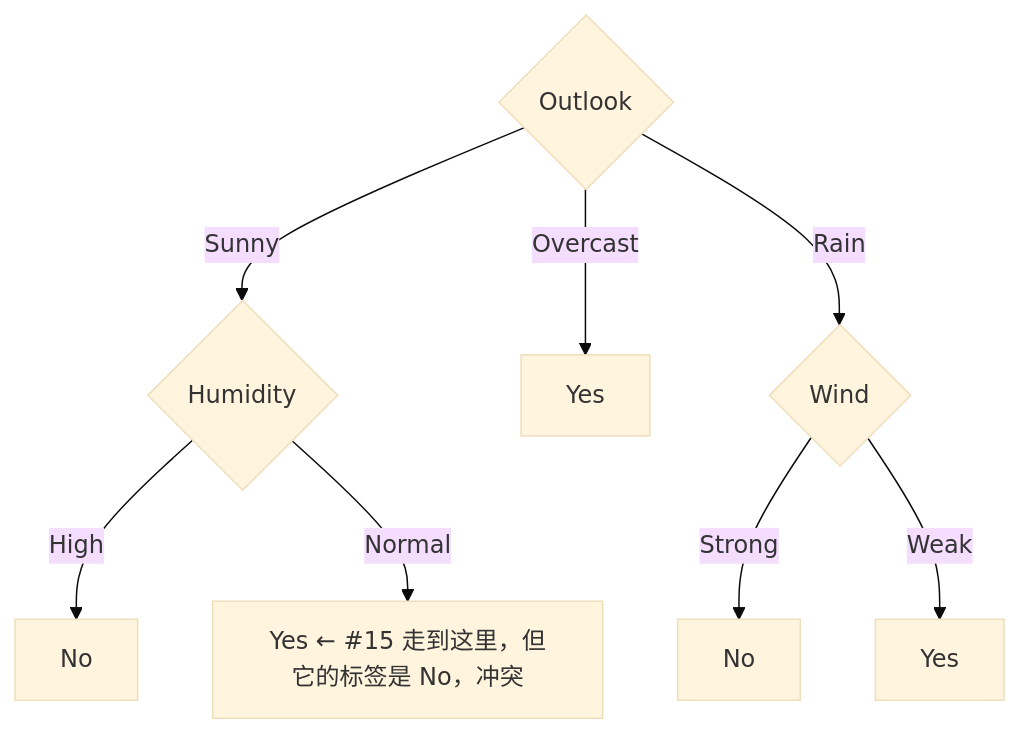
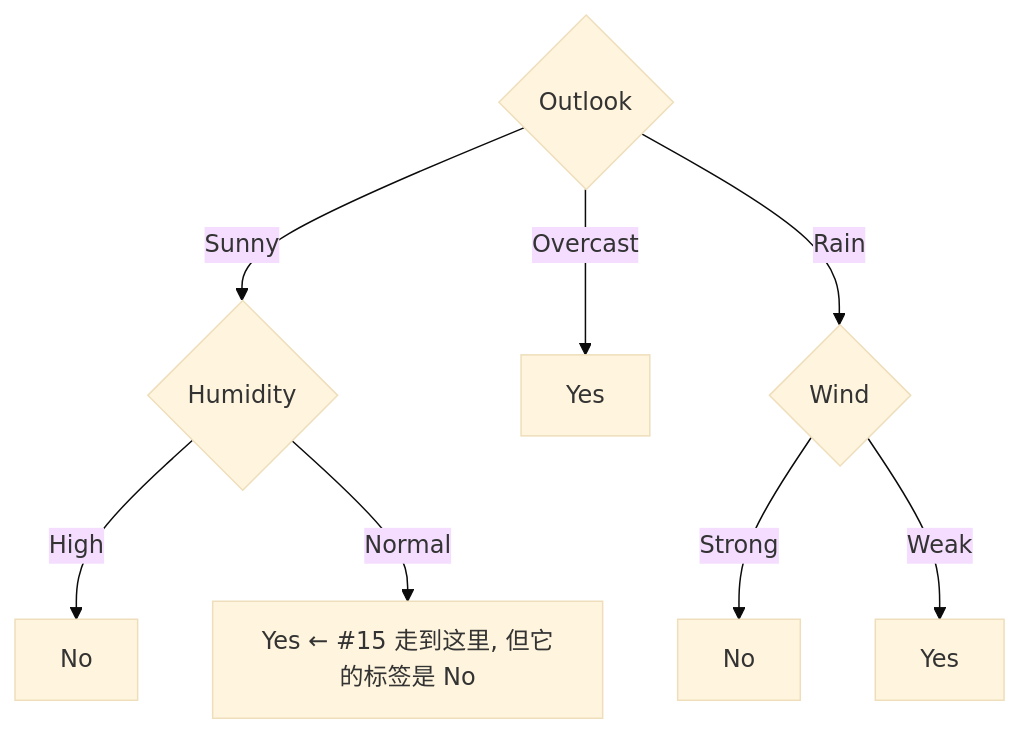
The second of 2 diagrams in 机器学习/C1.4 过拟合与剪枝.md (KayeAdams515/ClaudeNotes), drawn with Mermaid (base theme) before and after one commit. The commit also changed other lines of this file and 777 other files, not shown here.

````diff
--- a/机器学习/C1.4 过拟合与剪枝.md
+++ b/机器学习/C1.4 过拟合与剪枝.md
@@ -85,11 +162,11 @@
 ```mermaid
 flowchart TD
     O{Outlook}
     O -- Sunny --> H{Humidity}
     O -- Overcast --> Y1["Yes"]
     O -- Rain --> W{Wind}
     H -- High --> N1["No"]
-    H -- Normal --> Y2["Yes ← #15 走到这里，但它的标签是 No，冲突"]
+    H -- Normal --> Y2["Yes ← #15 走到这里, 但它的标签是 No"]
     W -- Strong --> N2["No"]
     W -- Weak --> Y3["Yes"]
 ```
````
